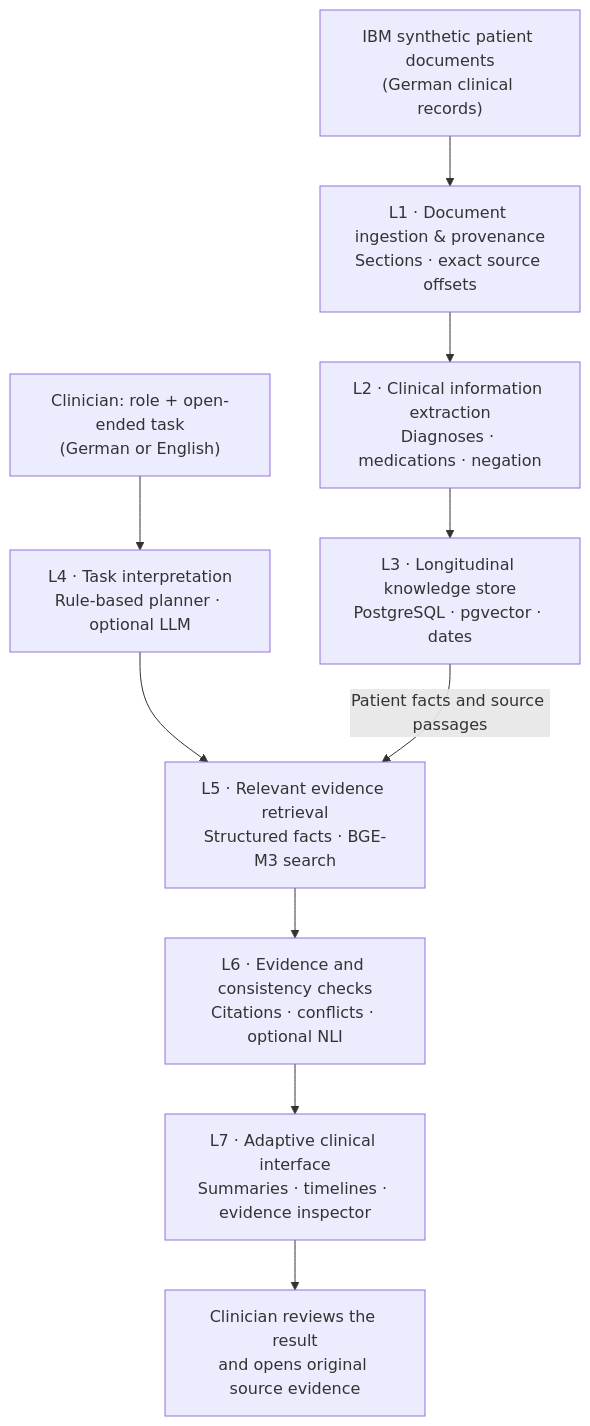
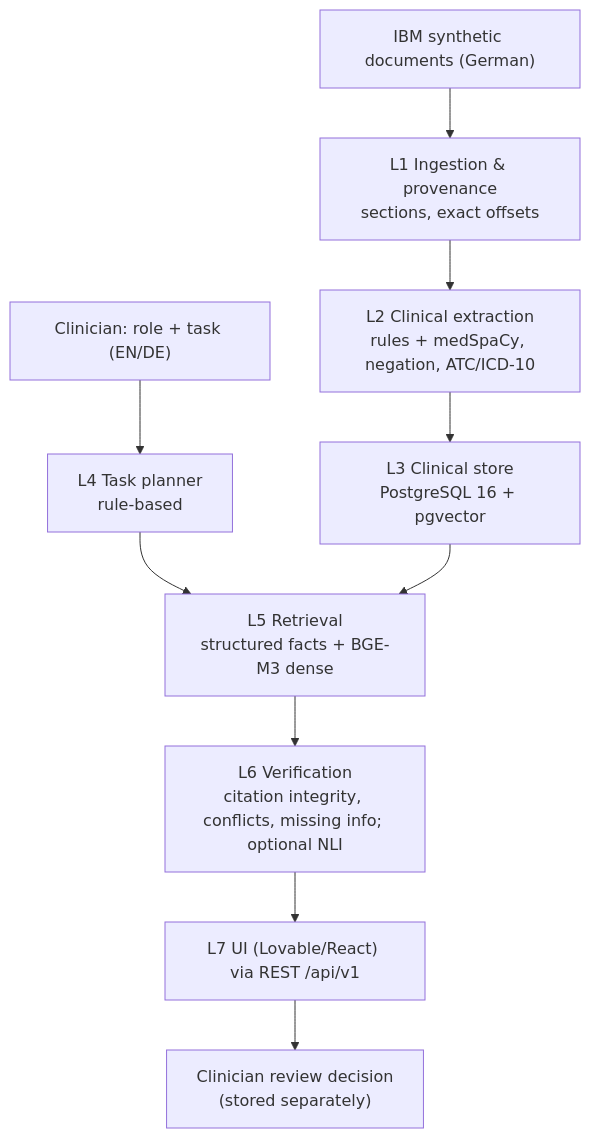
Before and after one commit to jromero158486/Bob: the diagram in README.md, drawn with Mermaid. The commit also changed other lines of this file and 5 other files, not shown here.

````diff
--- a/README.md
+++ b/README.md
@@ -39,13 +36,12 @@
 ```mermaid
 flowchart TD
-    D["IBM synthetic patient documents<br/>(German clinical records)"] --> L1["L1 · Document ingestion & provenance<br/>Sections · exact source offsets"]
-    L1 --> L2["L2 · Clinical information extraction<br/>Diagnoses · medications · negation"]
-    L2 --> L3["L3 · Longitudinal knowledge store<br/>PostgreSQL · pgvector · dates"]
-
-    U["Clinician: role + open-ended task<br/>(German or English)"] --> L4["L4 · Task interpretation<br/>Rule-based planner · optional LLM"]
-    L4 --> L5["L5 · Relevant evidence retrieval<br/>Structured facts · BGE-M3 search"]
-    L3 -->|Patient facts and source passages| L5
-    L5 --> L6["L6 · Evidence and consistency checks<br/>Citations · conflicts · optional NLI"]
-    L6 --> L7["L7 · Adaptive clinical interface<br/>Summaries · timelines · evidence inspector"]
-    L7 --> O["Clinician reviews the result<br/>and opens original source evidence"]
+    D["IBM synthetic documents (German)"] --> L1["L1 Ingestion & provenance<br/>sections, exact offsets"]
+    L1 --> L2["L2 Clinical extraction<br/>rules + medSpaCy, negation, ATC/ICD-10"]
+    L2 --> L3["L3 Clinical store<br/>PostgreSQL 16 + pgvector"]
+    U["Clinician: role + task (EN/DE)"] --> L4["L4 Task planner<br/>rule-based"]
+    L4 --> L5["L5 Retrieval<br/>structured facts + BGE-M3 dense"]
+    L3 --> L5
+    L5 --> L6["L6 Verification<br/>citation integrity, conflicts, missing info; optional NLI"]
+    L6 --> L7["L7 UI (Lovable/React) via REST /api/v1"]
+    L7 --> R["Clinician review decision<br/>(stored separately)"]
 ```
````
